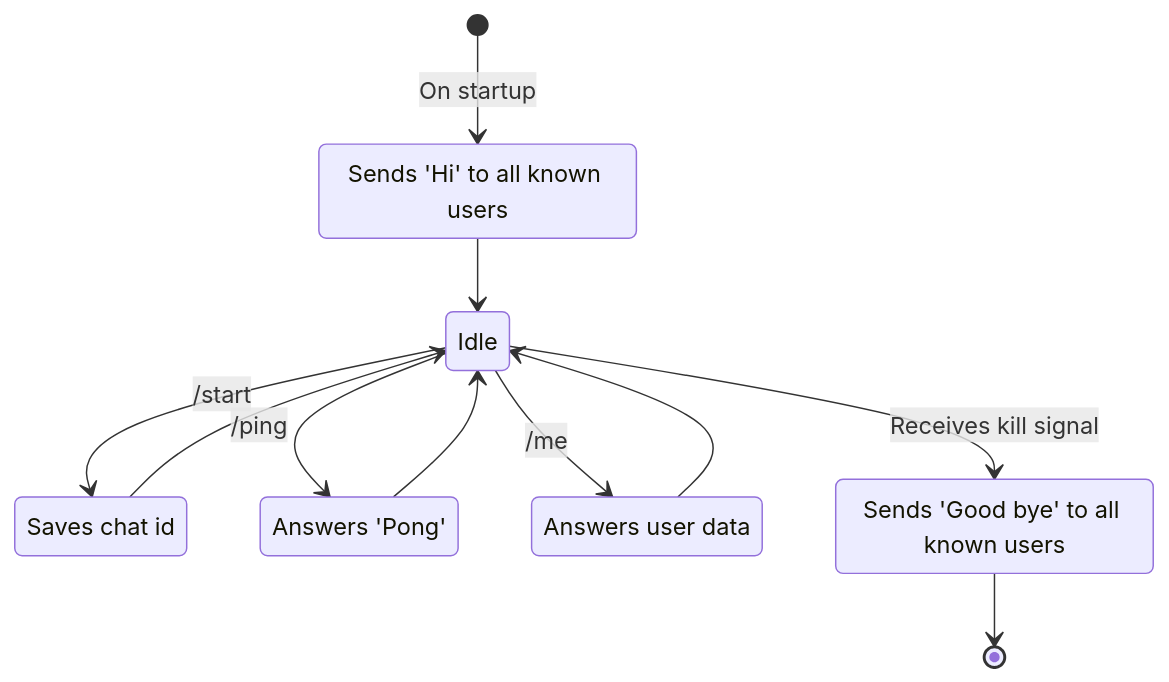
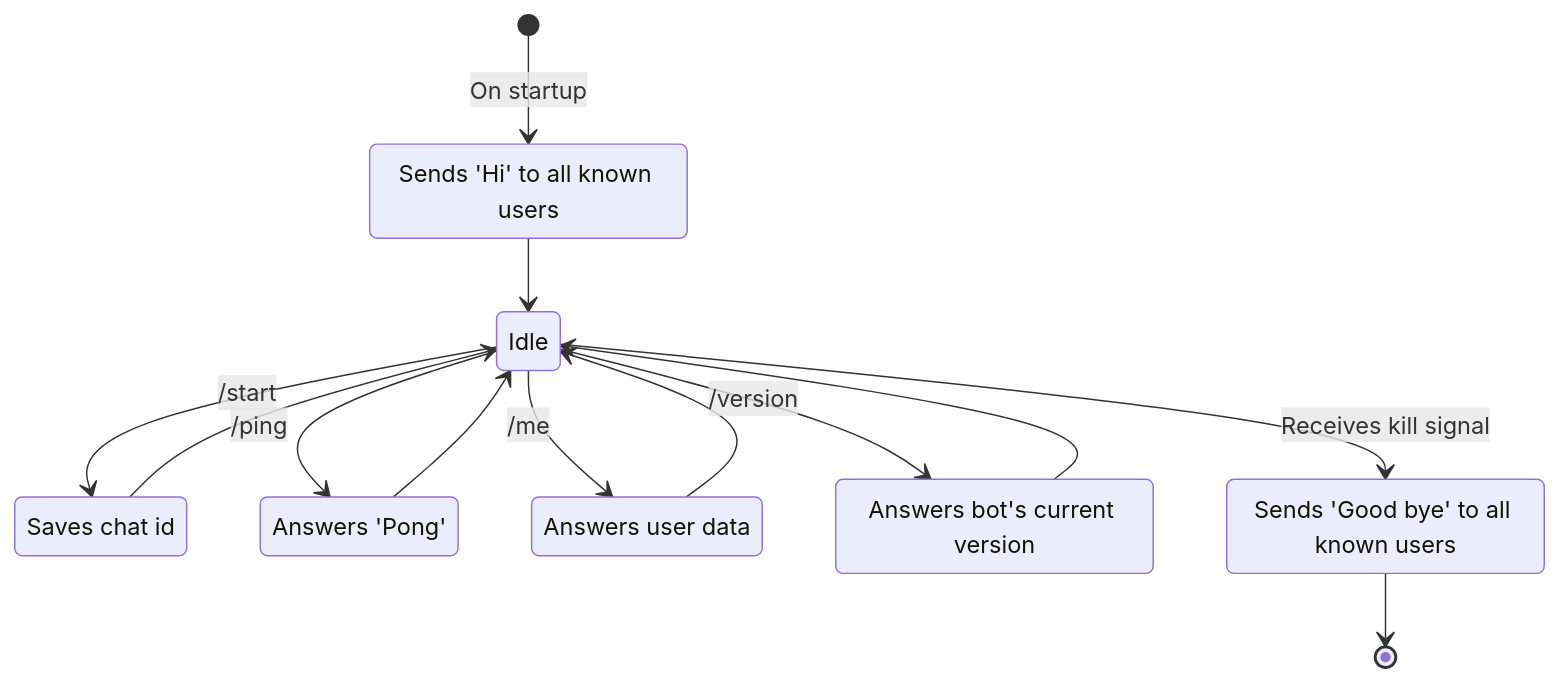
Before and after one commit to Zhurik/ttr_bot: the diagram in README.md, drawn with Mermaid. The commit also changed 1 other file, not shown here.

Commit message:
docs: updated diagram + up lock

````diff
--- a/README.md
+++ b/README.md
@@ -36,23 +36,27 @@
 ```mermaid
 stateDiagram-v2
     state "Sends 'Hi' to all known users" as Startup
     state "Saves chat id" as Start
     state "Answers 'Pong'" as Pong
     state "Answers user data" as Me
+    state "Answers bot's current version" as Version
     state "Sends 'Good bye' to all known users" as Shutdown
 
     [*] --> Startup: On startup
     Startup --> Idle
 
     Idle --> Start: /start
     Start --> Idle
 
     Idle --> Pong: /ping
     Pong --> Idle
 
     Idle --> Me: /me
     Me --> Idle
 
+    Idle --> Version: /version
+    Version --> Idle
+
     Idle --> Shutdown: Receives kill signal
     Shutdown --> [*]
 ```
````
